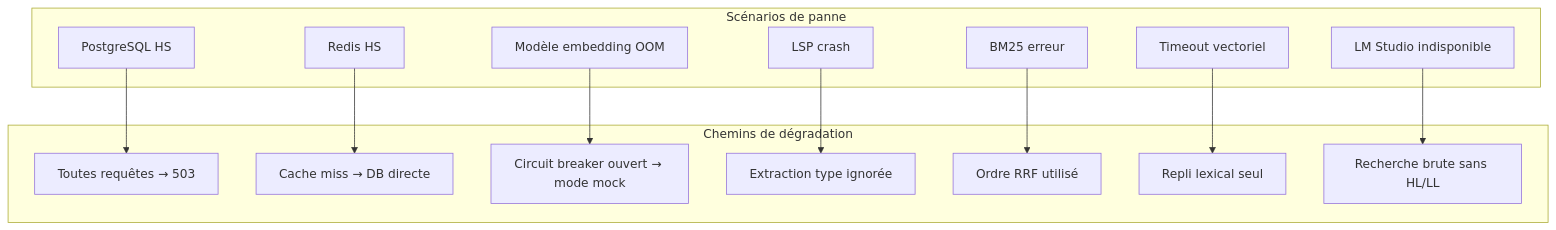
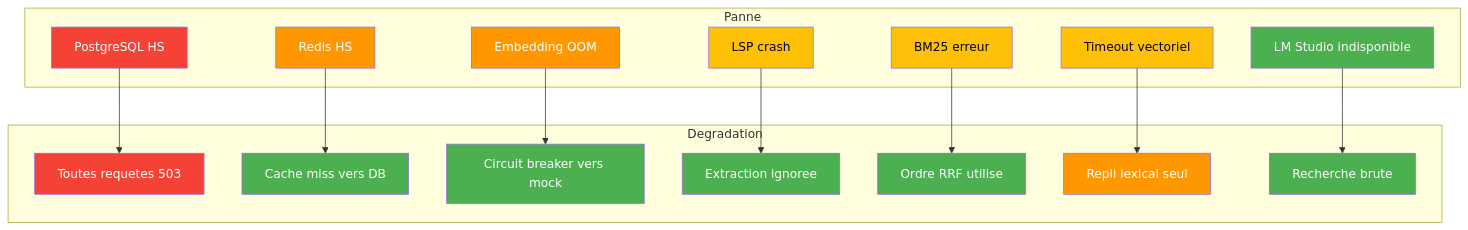
One commit to giak/mnemo-lite changed the tenth of 11 diagrams in docs/ARCHITECTURE.md. Above: the diagram before and after it, drawn with Mermaid. The commit also changed other lines of this file, not shown here.

First line of the commit message:
docs: improve all Mermaid diagrams in ARCHITECTURE.md

````diff
--- a/docs/ARCHITECTURE.md
+++ b/docs/ARCHITECTURE.md
@@ -500,30 +501,45 @@
 ```mermaid
 flowchart TD
-    subgraph "Scénarios de panne"
+    subgraph "Panne"
         F1[PostgreSQL HS]
         F2[Redis HS]
-        F3[Modèle embedding OOM]
+        F3[Embedding OOM]
         F4[LSP crash]
         F5[BM25 erreur]
         F6[Timeout vectoriel]
         F7[LM Studio indisponible]
     end
 
-    subgraph "Chemins de dégradation"
-        D1[Toutes requêtes → 503]
-        D2[Cache miss → DB directe]
-        D3[Circuit breaker ouvert → mode mock]
-        D4[Extraction type ignorée]
-        D5[Ordre RRF utilisé]
+    subgraph "Degradation"
+        D1[Toutes requetes 503]
+        D2[Cache miss vers DB]
+        D3[Circuit breaker vers mock]
+        D4[Extraction ignoree]
+        D5[Ordre RRF utilise]
         D6[Repli lexical seul]
-        D7[Recherche brute sans HL/LL]
+        D7[Recherche brute]
     end
 
     F1 --> D1
     F2 --> D2
     F3 --> D3
     F4 --> D4
     F5 --> D5
     F6 --> D6
     F7 --> D7
+
+    style F1 fill:#F44336,color:#fff
+    style F2 fill:#FF9800,color:#fff
+    style F3 fill:#FF9800,color:#fff
+    style F4 fill:#FFC107,color:#000
+    style F5 fill:#FFC107,color:#000
+    style F6 fill:#FFC107,color:#000
+    style F7 fill:#4CAF50,color:#fff
+    style D1 fill:#F44336,color:#fff
+    style D2 fill:#4CAF50,color:#fff
+    style D3 fill:#4CAF50,color:#fff
+    style D4 fill:#4CAF50,color:#fff
+    style D5 fill:#4CAF50,color:#fff
+    style D6 fill:#FF9800,color:#fff
+    style D7 fill:#4CAF50,color:#fff
 ```
````
